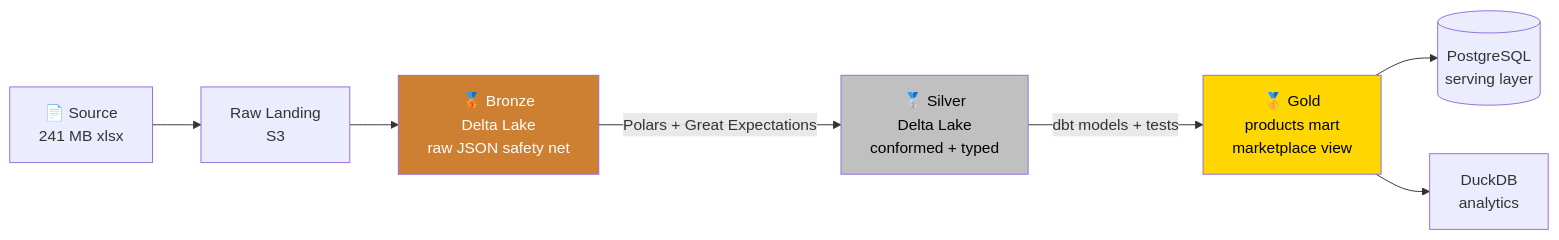
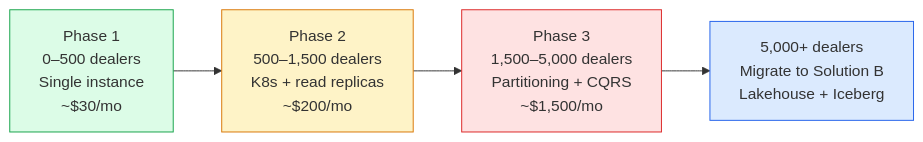
One commit to ankinguyen-engineer-2002/inventoryflow-catalog-ingest changed the third of 3 diagrams in README.md. Above: the diagram before and after it, drawn with Mermaid. The commit also changed other lines of this file and 32 other files, not shown here.

````diff
--- a/README.md
+++ b/README.md
@@ -382,13 +327,12 @@
 ```mermaid
 flowchart LR
-    XLSX[📄 Source<br/>241 MB xlsx] --> RAW[Raw Landing<br/>S3]
-    RAW --> BRONZE[🥉 Bronze<br/>Delta Lake<br/>raw JSON safety net]
-    BRONZE -->|Polars + Great Expectations| SILVER[🥈 Silver<br/>Delta Lake<br/>conformed + typed]
-    SILVER -->|dbt models + tests| GOLD[🥇 Gold<br/>products mart<br/>marketplace view]
-    GOLD --> PG[(PostgreSQL<br/>serving layer)]
-    GOLD --> DUCK[DuckDB<br/>analytics]
+    P1[Phase 1<br/>0–500 dealers<br/>Single instance<br/>~$30/mo] --> P2
+    P2[Phase 2<br/>500–1,500 dealers<br/>K8s + read replicas<br/>~$200/mo] --> P3
+    P3[Phase 3<br/>1,500–5,000 dealers<br/>Partitioning + CQRS<br/>~$1,500/mo] --> MIGRATE
+    MIGRATE[5,000+ dealers<br/>Migrate to Solution B<br/>Lakehouse + Iceberg]
 
-    style BRONZE fill:#cd7f32,color:#fff
-    style SILVER fill:#c0c0c0,color:#000
-    style GOLD fill:#ffd700,color:#000
+    style P1 fill:#dcfce7,stroke:#16a34a
+    style P2 fill:#fef3c7,stroke:#d97706
+    style P3 fill:#fee2e2,stroke:#dc2626
+    style MIGRATE fill:#dbeafe,stroke:#2563eb
 ```
````
